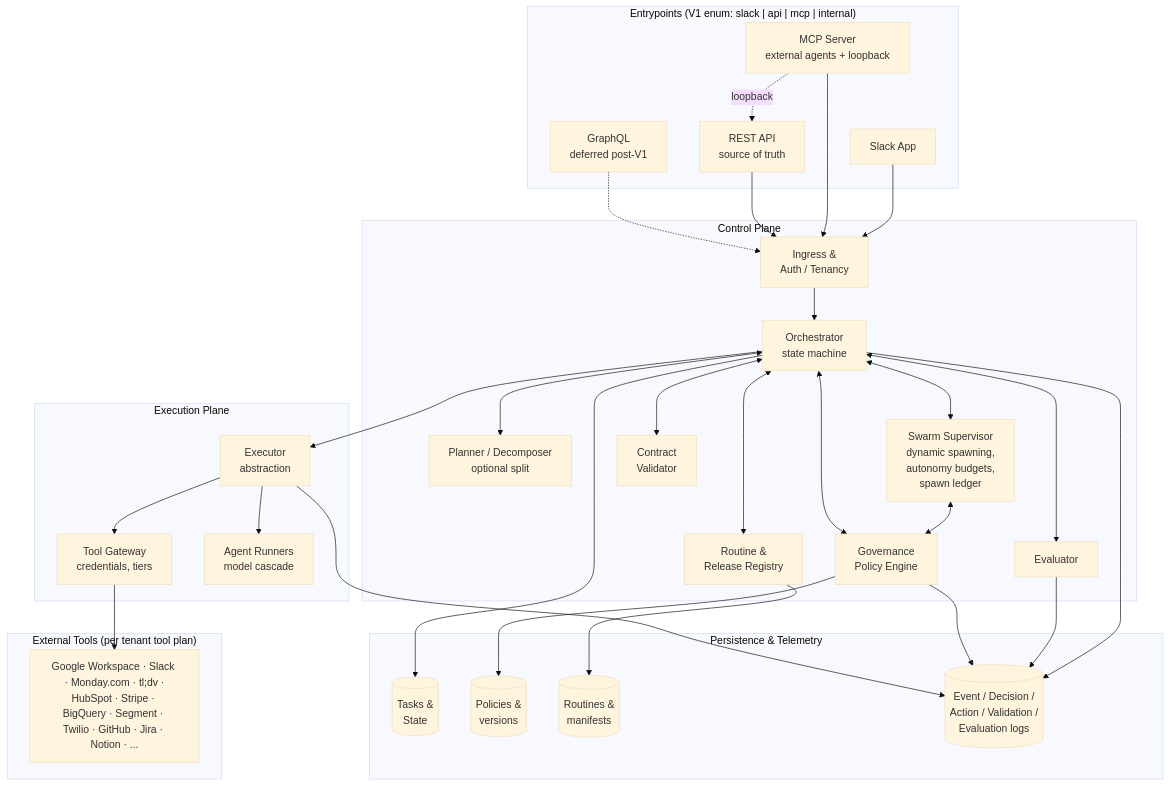
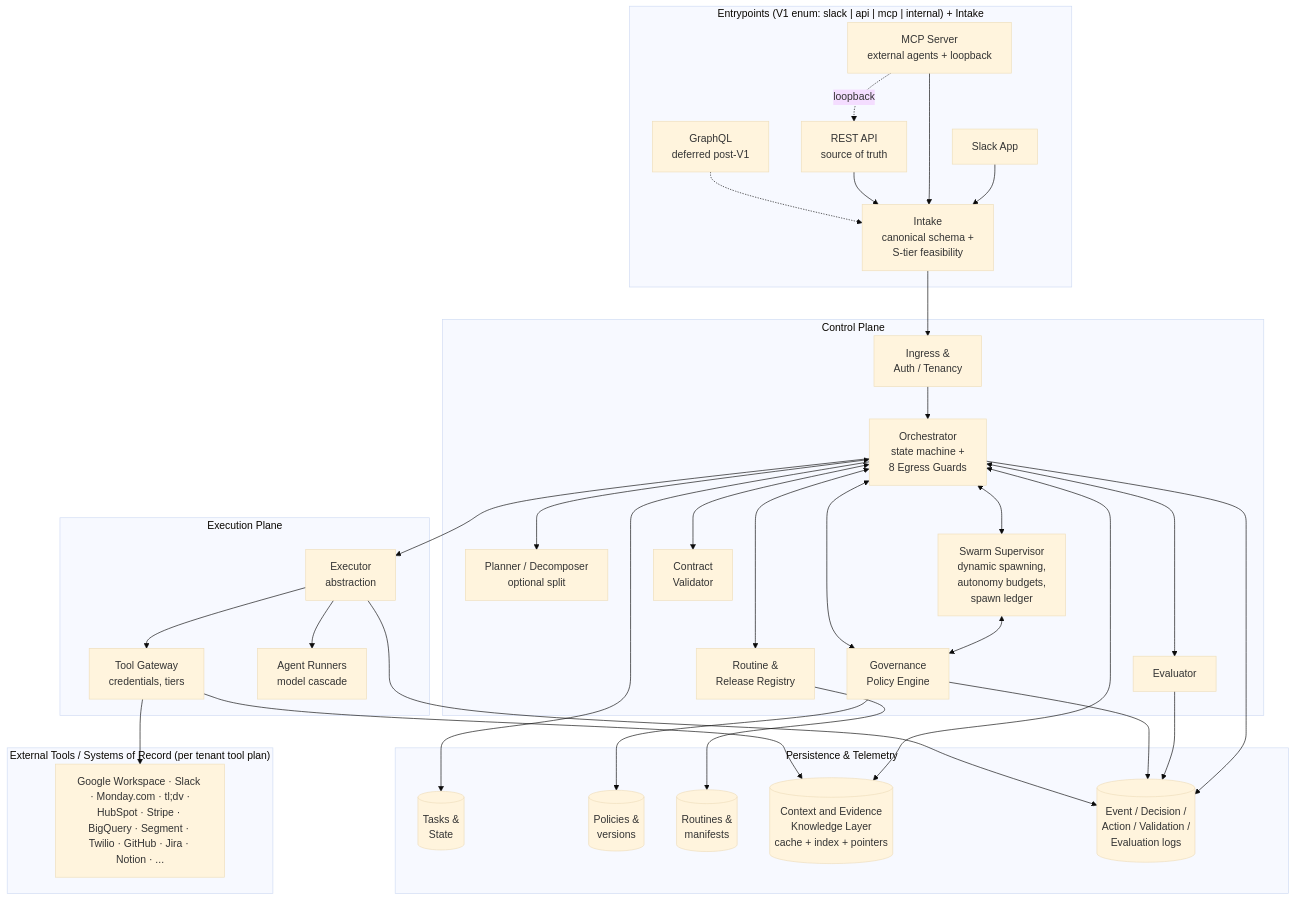
The first of 2 diagrams in README.md (dr-robert-li/agentic-mesh-reference-arch), drawn with Mermaid (base theme) before and after one commit. The commit also changed other lines of this file and 18 other files, not shown here.

Commit message:
docs: add context and evidence knowledge layer v0.1.3

````diff
--- a/README.md
+++ b/README.md
@@ -66,66 +68,71 @@
 ```mermaid
 flowchart TB
-    subgraph Entry["Entrypoints (V1 enum: slack | api | mcp | internal)"]
+    subgraph Entry["Entrypoints (V1 enum: slack | api | mcp | internal) + Intake"]
         SLK[Slack App]
         API[REST API<br/>source of truth]
         MCP[MCP Server<br/>external agents + loopback]
         GQL[GraphQL<br/>deferred post-V1]
+        IN[Intake<br/>canonical schema +<br/>S-tier feasibility]
     end
 
     subgraph Control["Control Plane"]
         ING[Ingress &<br/>Auth / Tenancy]
-        ORCH[Orchestrator<br/>state machine]
+        ORCH[Orchestrator<br/>state machine +<br/>8 Egress Guards]
         PLAN[Planner / Decomposer<br/>optional split]
         SS[Swarm Supervisor<br/>dynamic spawning,<br/>autonomy budgets,<br/>spawn ledger]
         GOV[Governance<br/>Policy Engine]
         EVAL[Evaluator]
         VAL[Contract<br/>Validator]
         REG[Routine &<br/>Release Registry]
     end
 
     subgraph Exec["Execution Plane"]
         EXEC[Executor<br/>abstraction]
         GW[Tool Gateway<br/>credentials, tiers]
         AG[Agent Runners<br/>model cascade]
     end
 
     subgraph Data["Persistence & Telemetry"]
         TASKS[(Tasks &<br/>State)]
         POL[(Policies &<br/>versions)]
         ROUT[(Routines &<br/>manifests)]
+        KL[(Context and Evidence<br/>Knowledge Layer<br/>cache + index + pointers)]
         LOGS[(Event / Decision /<br/>Action / Validation /<br/>Evaluation logs)]
     end
 
-    subgraph Ext["External Tools (per tenant tool plan)"]
+    subgraph Ext["External Tools / Systems of Record (per tenant tool plan)"]
         GW_TOOLS[Google Workspace · Slack · Monday.com · tl;dv ·<br/>HubSpot · Stripe · BigQuery · Segment · Twilio · GitHub · Jira · Notion · ...]
     end
 
-    SLK --> ING
-    MCP --> ING
-    API --> ING
-    GQL -.-> ING
+    SLK --> IN
+    MCP --> IN
+    API --> IN
+    GQL -.-> IN
+    IN --> ING
     ING --> ORCH
 
     ORCH <--> PLAN
     ORCH <--> SS
     SS <--> GOV
     ORCH <--> GOV
     ORCH <--> EVAL
     ORCH <--> VAL
     ORCH <--> REG
+    ORCH <--> KL
     ORCH --> EXEC
 
     EXEC --> AG
     EXEC --> GW
     GW --> GW_TOOLS
+    GW --> KL
 
     ORCH --> TASKS
     GOV --> POL
     REG --> ROUT
     ORCH --> LOGS
     EVAL --> LOGS
     GOV --> LOGS
     EXEC --> LOGS
 
     MCP -. loopback .-> API
 ```
````
